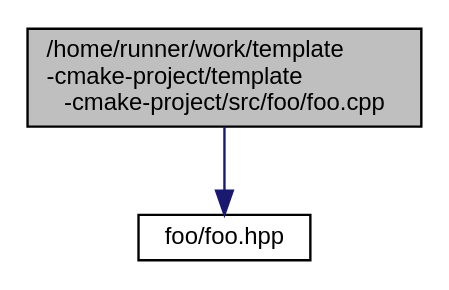
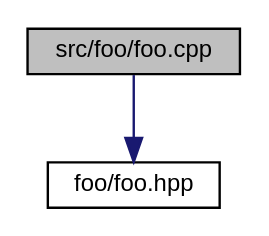
Before and after one commit to francofusco/template-cmake-project: the diagram in foo_8cpp__incl.dot, drawn with Graphviz. The commit also changed 83 other files, not shown here.

```diff
--- a/foo_8cpp__incl.dot
+++ b/foo_8cpp__incl.dot
@@ -1,9 +1,9 @@
-digraph "/home/runner/work/template-cmake-project/template-cmake-project/src/foo/foo.cpp"
+digraph "src/foo/foo.cpp"
 {
  // LATEX_PDF_SIZE
   edge [fontname="Helvetica",fontsize="10",labelfontname="Helvetica",labelfontsize="10"];
   node [fontname="Helvetica",fontsize="10",shape=record];
-  Node1 [label="/home/runner/work/template\l-cmake-project/template\l-cmake-project/src/foo/foo.cpp",height=0.2,width=0.4,color="black", fillcolor="grey75", style="filled", fontcolor="black",tooltip="Implemenation file for the foo::bar(int) function."];
+  Node1 [label="src/foo/foo.cpp",height=0.2,width=0.4,color="black", fillcolor="grey75", style="filled", fontcolor="black",tooltip="Implemenation file for the foo::bar(int) function."];
   Node1 -> Node2 [color="midnightblue",fontsize="10",style="solid",fontname="Helvetica"];
   Node2 [label="foo/foo.hpp",height=0.2,width=0.4,color="black", fillcolor="white", style="filled",URL="$foo_8hpp.html",tooltip="Header file for the foo::bar(int) function."];
 }
```
